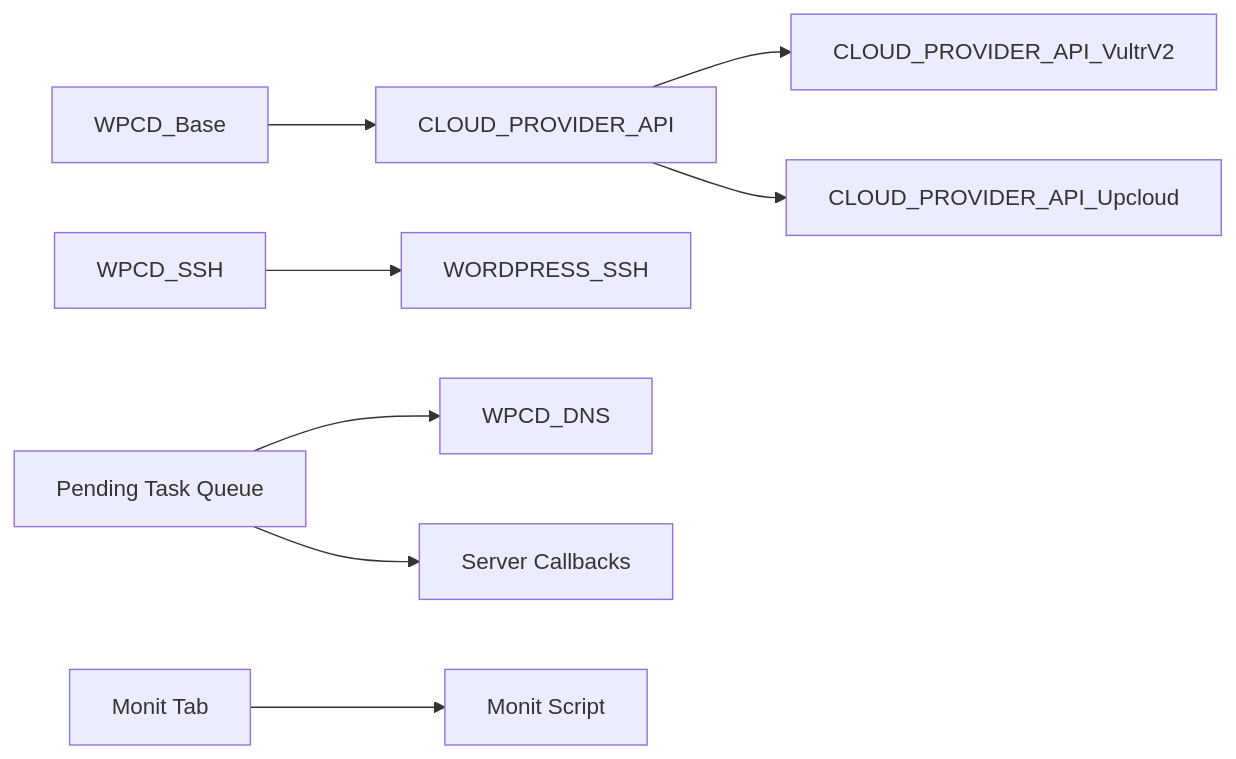
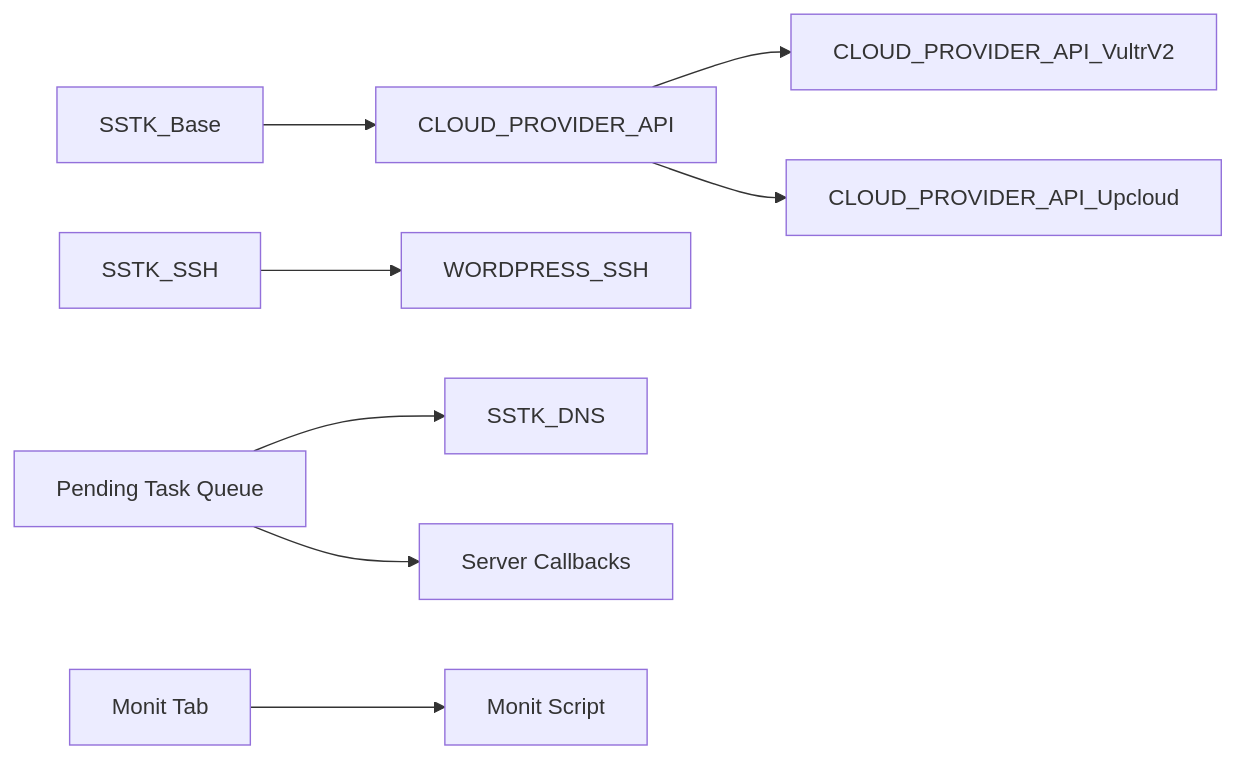
One commit to onedogsolutions/simple-stack changed the eighth of 8 diagrams in .qoder/repowiki/en/content/System Architecture/Integration Patterns.md. Above: the diagram before and after it, drawn with Mermaid. The commit also changed other lines of this file and 5941 other files, not shown here.

````diff
--- a/.qoder/repowiki/en/content/System Architecture/Integration Patterns.md
+++ b/.qoder/repowiki/en/content/System Architecture/Integration Patterns.md
@@ -403,21 +404,21 @@
 ```mermaid
 graph LR
-Base["WPCD_Base"]
+Base["SSTK_Base"]
 ProviderAPI["CLOUD_PROVIDER_API"]
 Vultr["CLOUD_PROVIDER_API_VultrV2"]
 Upcloud["CLOUD_PROVIDER_API_Upcloud"]
-SSHBase["WPCD_SSH"]
+SSHBase["SSTK_SSH"]
 WpSSH["WORDPRESS_SSH"]
-DNS["WPCD_DNS"]
+DNS["SSTK_DNS"]
 Tasks["Pending Task Queue"]
 Callbacks["Server Callbacks"]
 MonitTab["Monit Tab"]
 MonitScript["Monit Script"]
 Base --> ProviderAPI
 ProviderAPI --> Vultr
 ProviderAPI --> Upcloud
 SSHBase --> WpSSH
 Tasks --> Callbacks
 Tasks --> DNS
 MonitTab --> MonitScript
 ```
````
